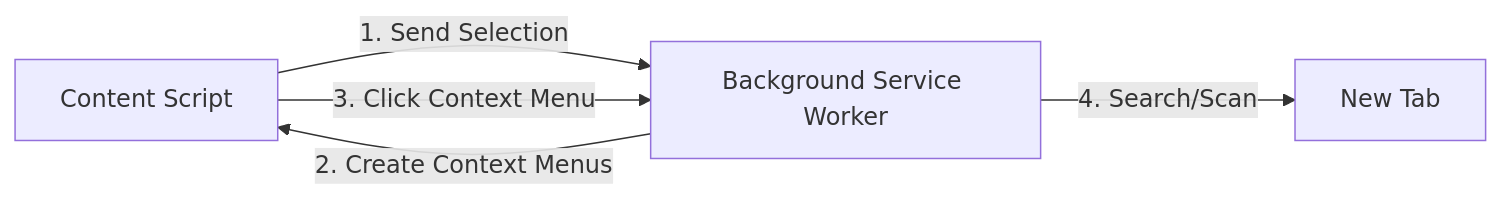
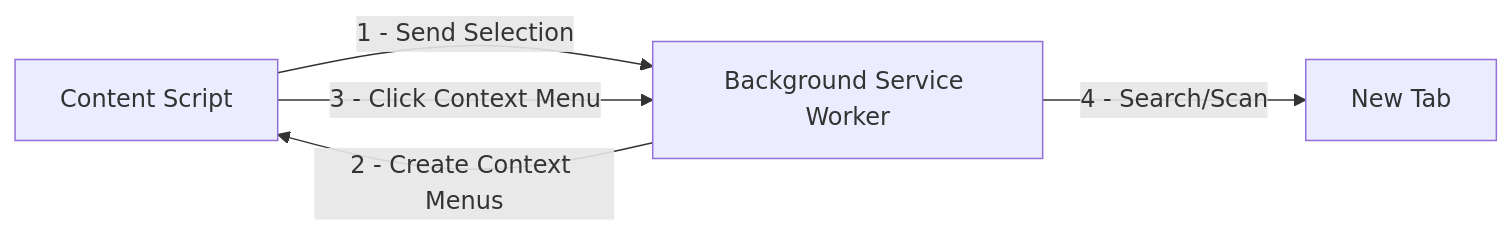
The diagram in README.md (ninoseki/mitaka), drawn with Mermaid before and after one commit.

````diff
--- a/README.md
+++ b/README.md
@@ -164,7 +164,7 @@
 ```mermaid
 flowchart LR
-  CS[Content Script] --> |1. Send Selection| BSW[Background Service Worker]
-  BSW --> |2. Create Context Menus| CS
-  CS --> |3. Click Context Menu| BSW
-  BSW --> |4. Search/Scan| T[New Tab]
+  CS[Content Script] --> |1 - Send Selection| BSW[Background Service Worker]
+  BSW --> |2 - Create Context Menus| CS
+  CS --> |3 - Click Context Menu| BSW
+  BSW --> |4 - Search/Scan| T[New Tab]
 ```
````
